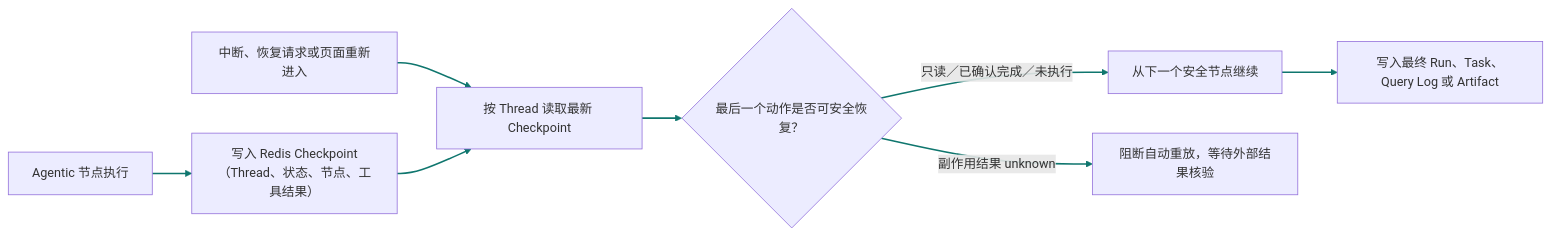
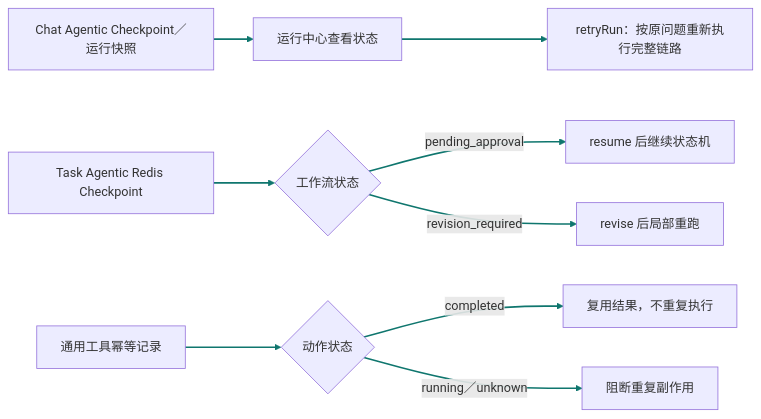
Before and after one commit to monstereatai/RAG: diagram 20 of 29 in docs/interview/功能步骤流程.md, drawn with Mermaid. The commit also changed other lines of this file and 37 other files, not shown here.

````diff
--- a/docs/interview/功能步骤流程.md
+++ b/docs/interview/功能步骤流程.md
@@ -787,11 +892,12 @@
 ```mermaid
 flowchart LR
-  A[Agentic 节点执行] --> B[写入 Redis Checkpoint（Thread、状态、节点、工具结果）]
-  C[中断、恢复请求或页面重新进入] --> D[按 Thread 读取最新 Checkpoint]
-  B --> D
-  D --> E{最后一个动作是否可安全恢复？}
-  E -->|只读／已确认完成／未执行| F[从下一个安全节点继续]
-  E -->|副作用结果 unknown| G[阻断自动重放，等待外部结果核验]
-  F --> H[写入最终 Run、Task、Query Log 或 Artifact]
-  linkStyle 0,1,2,3,4,5,6 stroke:#0f766e,stroke-width:2px
+  A[Chat Agentic Checkpoint／运行快照] --> B[运行中心查看状态]
+  B --> C[retryRun：按原问题重新执行完整链路]
+  D[Task Agentic Redis Checkpoint] --> E{工作流状态}
+  E -->|pending_approval| F[resume 后继续状态机]
+  E -->|revision_required| G[revise 后局部重跑]
+  H[通用工具幂等记录] --> I{动作状态}
+  I -->|completed| J[复用结果，不重复执行]
+  I -->|running／unknown| K[阻断重复副作用]
+  linkStyle 0,1,2,3,4,5,6,7 stroke:#0f766e,stroke-width:2px
 ```
````
